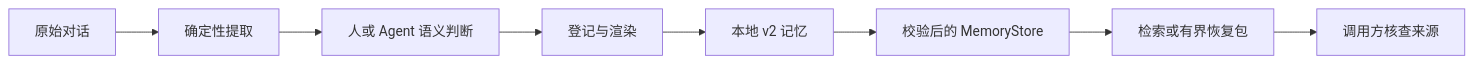
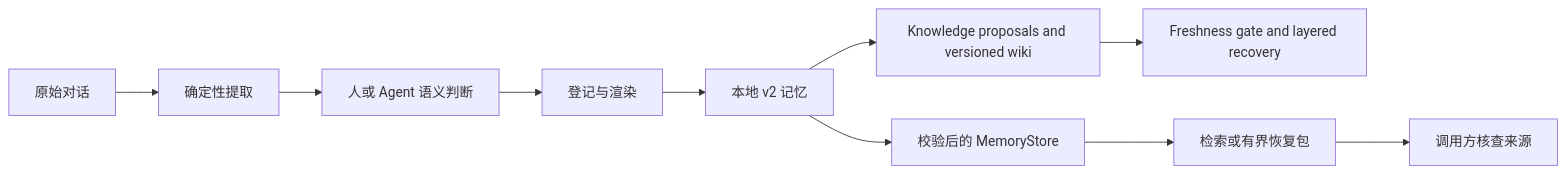
The diagram in README.zh-CN.md (Anhao1314/CarryTrace), drawn with Mermaid before and after one commit. The commit also changed other lines of this file and 31 other files, not shown here.

First line of the commit message:
feat: add verified Knowledge Wiki compiler and layered recovery (#3)

````diff
--- a/README.zh-CN.md
+++ b/README.zh-CN.md
@@ -101,10 +126,12 @@
 ```mermaid
 flowchart LR
     A[原始对话] --> B[确定性提取]
     B --> C[人或 Agent 语义判断]
     C --> D[登记与渲染]
     D --> E[本地 v2 记忆]
+    E --> W[Knowledge proposals and versioned wiki]
+    W --> R[Freshness gate and layered recovery]
     E --> F[校验后的 MemoryStore]
     F --> G[检索或有界恢复包]
     G --> H[调用方核查来源]
 ```
````
